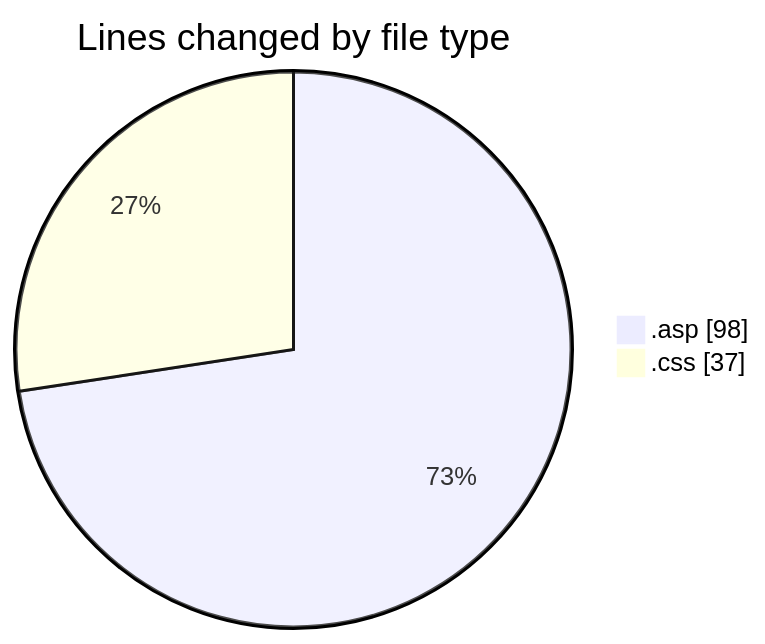
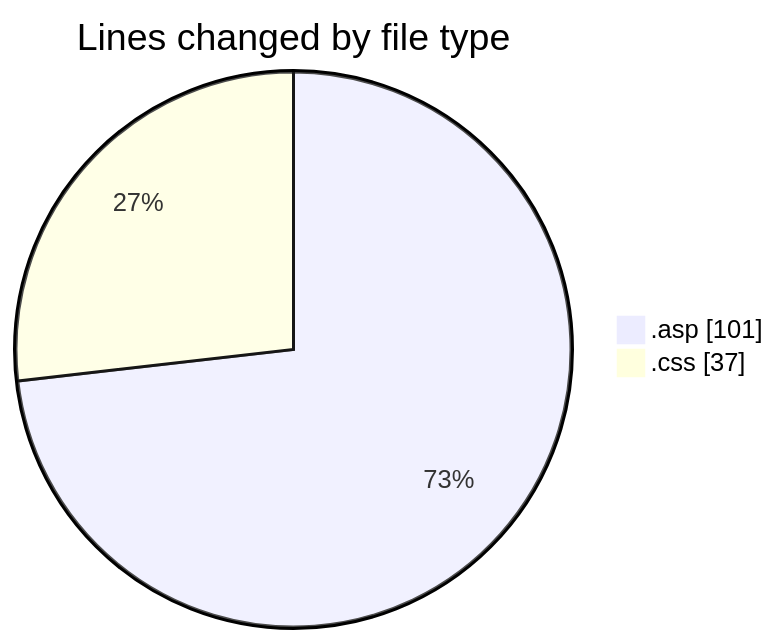
Before and after one commit to julien-gomy/code-tracking: the first of 2 diagrams in 2025-11-02/cdp_aleoudev_fr__workspace_/README.md, drawn with Mermaid. The commit also changed other lines of this file and 1 other file, not shown here.

````diff
--- a/2025-11-02/cdp_aleoudev_fr__workspace_/README.md
+++ b/2025-11-02/cdp_aleoudev_fr__workspace_/README.md
@@ -23,6 +23,6 @@
 ```mermaid
 pie showData
 title Lines changed by file type
-".asp" : 98
+".asp" : 101
 ".css" : 37
 ```
````
